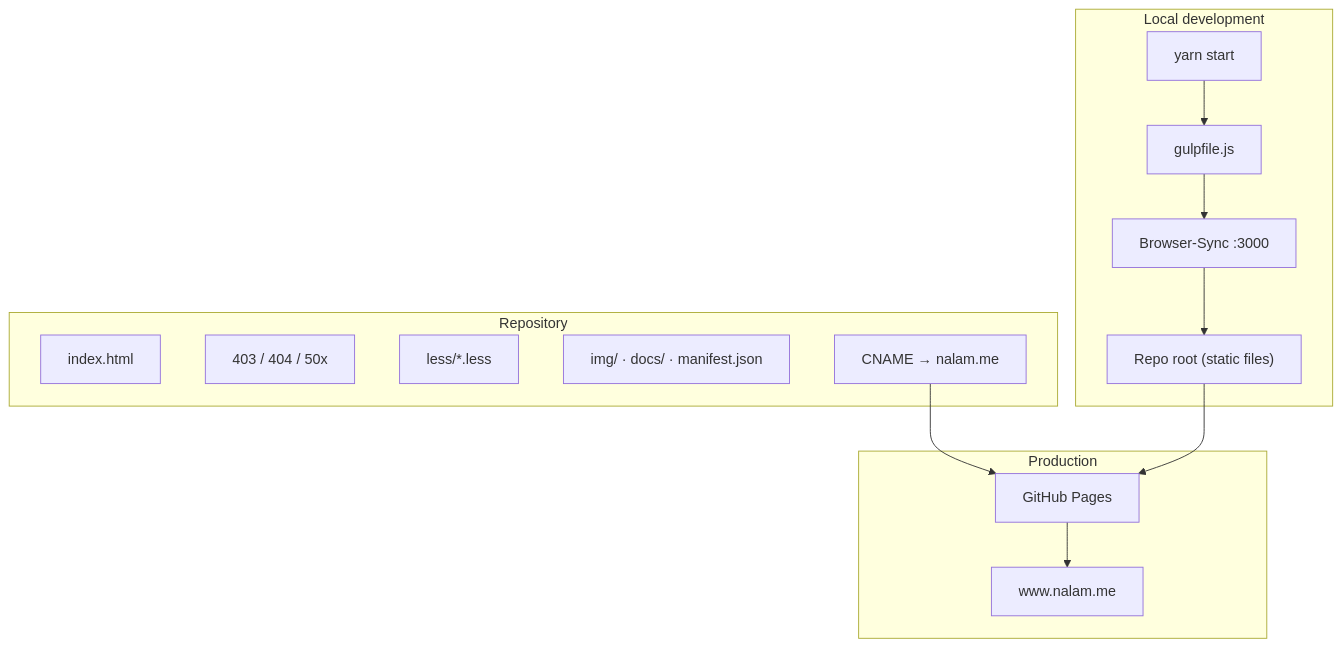
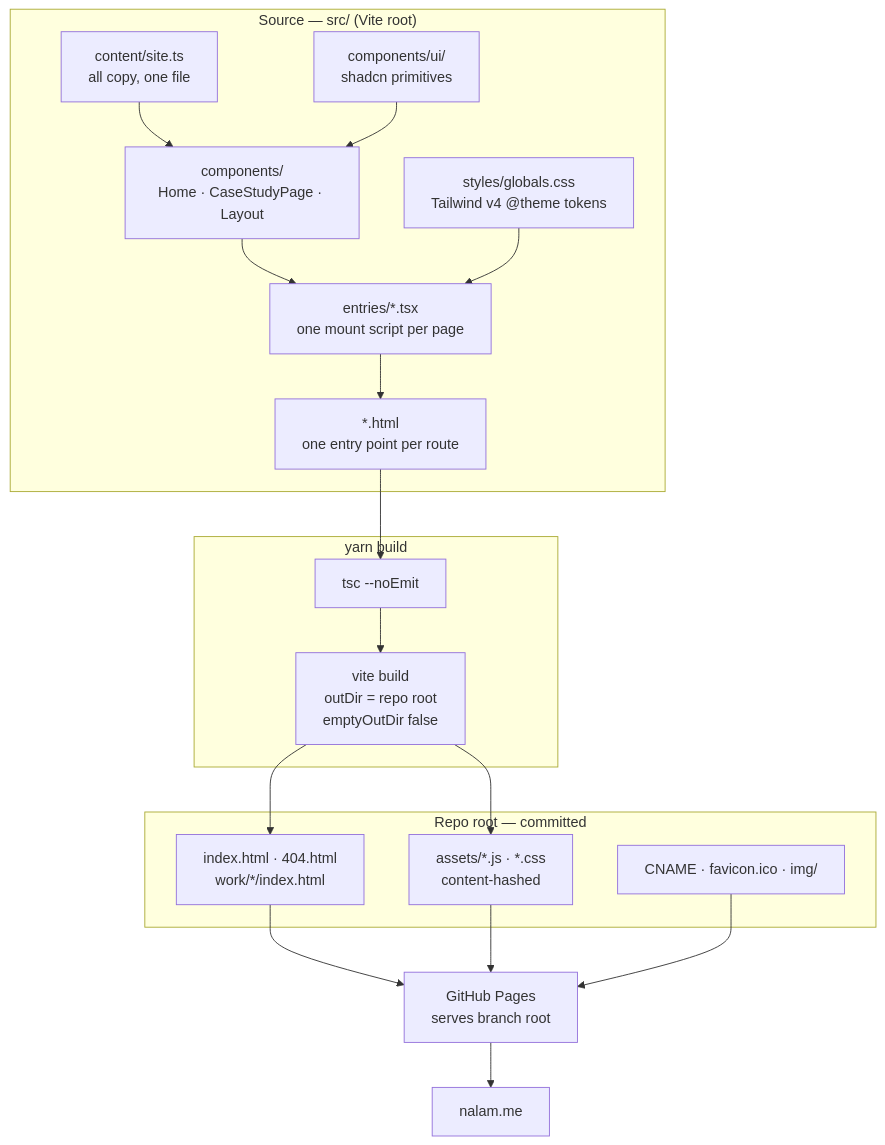
Before and after one commit to naz-mul/naz-mul.github.io: the first of 3 diagrams in README.md, drawn with Mermaid. The commit also changed other lines of this file and 101 other files, not shown here.

Commit message:
Rebuild site with Vite, React and a new design system

````diff
--- a/README.md
+++ b/README.md
@@ -11,27 +15,36 @@
 ```mermaid
 flowchart TB
-    subgraph Local["Local development"]
-        Yarn["yarn start"]
-        Gulp["gulpfile.js"]
-        BS["Browser-Sync :3000"]
-        Yarn --> Gulp --> BS
-        BS --> Root["Repo root (static files)"]
+    subgraph Source["Source — src/ (Vite root)"]
+        Content["content/site.ts<br/>all copy, one file"]
+        Comps["components/<br/>Home · CaseStudyPage · Layout"]
+        UI["components/ui/<br/>shadcn primitives"]
+        Styles["styles/globals.css<br/>Tailwind v4 @theme tokens"]
+        Entries["entries/*.tsx<br/>one mount script per page"]
+        Html["*.html<br/>one entry point per route"]
+        Content --> Comps
+        UI --> Comps
+        Comps --> Entries
+        Styles --> Entries
+        Entries --> Html
     end
 
-    subgraph Repo["Repository"]
-        Root
-        Index["index.html"]
-        Errors["403 / 404 / 50x"]
-        Less["less/*.less"]
-        Assets["img/ · docs/ · manifest.json"]
-        CNAME["CNAME → nalam.me"]
+    subgraph Build["yarn build"]
+        TSC["tsc --noEmit"]
+        Vite["vite build<br/>outDir = repo root<br/>emptyOutDir false"]
+        TSC --> Vite
     end
 
-    subgraph Prod["Production"]
-        GH["GitHub Pages"]
-        DNS["www.nalam.me"]
-        CNAME --> GH --> DNS
+    subgraph Output["Repo root — committed"]
+        OutHtml["index.html · 404.html<br/>work/*/index.html"]
+        Assets["assets/*.js · *.css<br/>content-hashed"]
+        Static["CNAME · favicon.ico · img/"]
     end
 
-    Root --> GH
+    Html --> TSC
+    Vite --> OutHtml
+    Vite --> Assets
+    OutHtml --> Pages["GitHub Pages<br/>serves branch root"]
+    Assets --> Pages
+    Static --> Pages
+    Pages --> Domain["nalam.me"]
 ```
````
